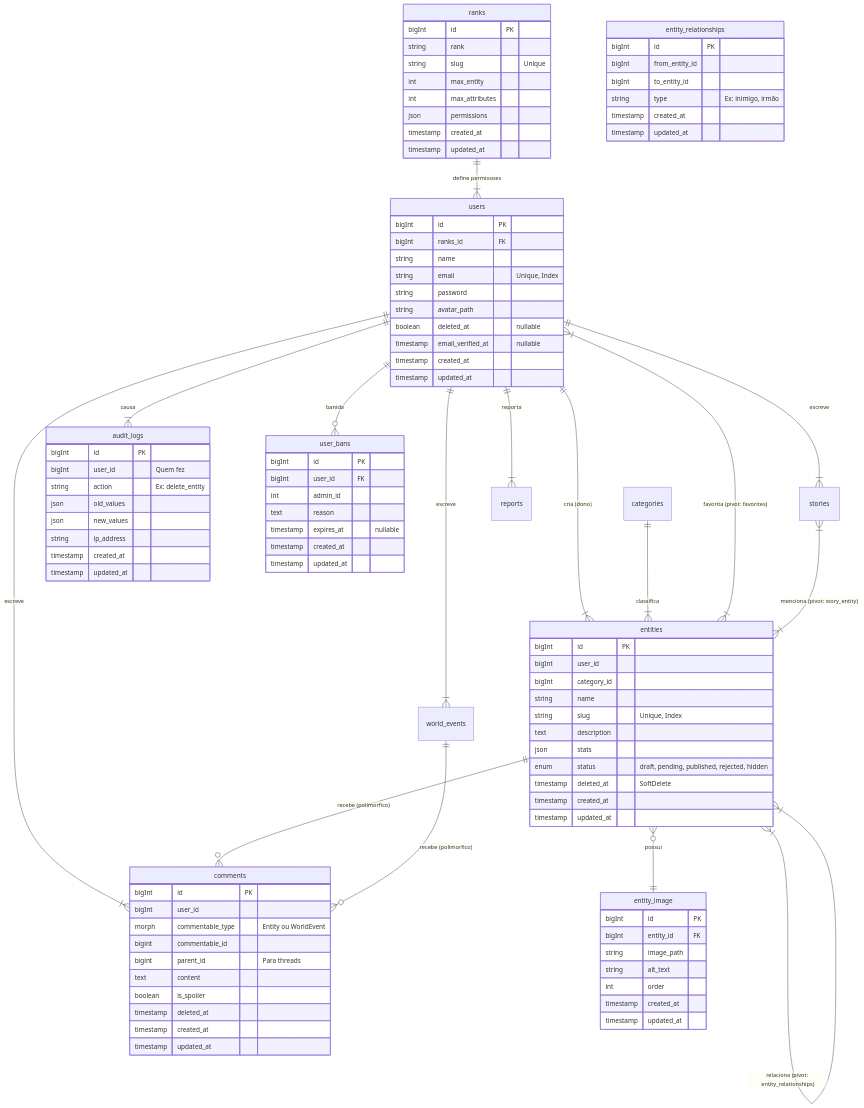
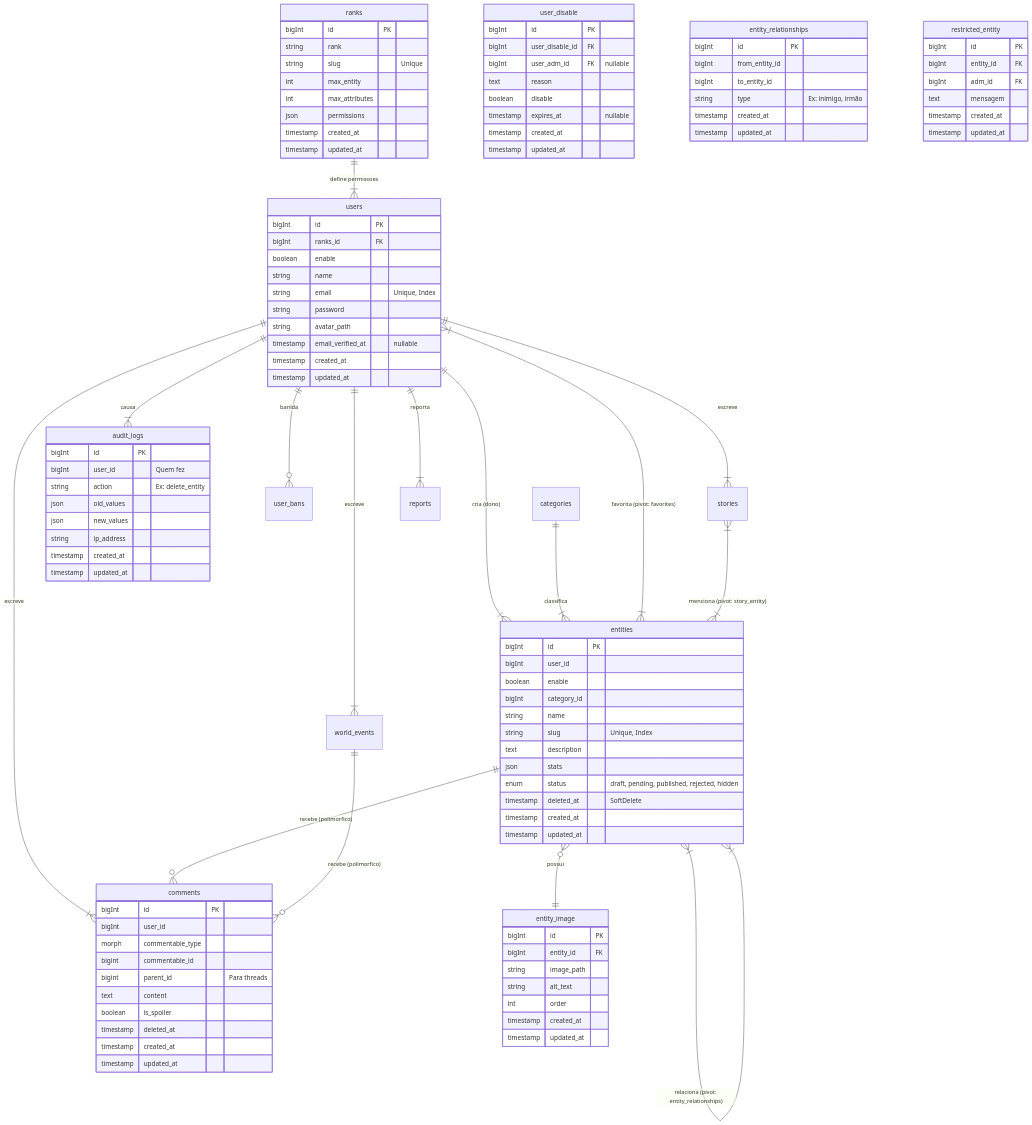
One commit to vinicius-10/sedatines changed the diagram in documentacao/db/README.md. Above: the diagram before and after it, drawn with Mermaid.

Commit message:
Update database schema in README.md
Added new fields to users, user_disable, entities, and comments tables.

````diff
--- a/documentacao/db/README.md
+++ b/documentacao/db/README.md
@@ -57,21 +57,22 @@
     users {
         bigInt id PK
         bigInt ranks_id FK
+        boolean enable
         string name
         string email "Unique, Index"
         string password
         string avatar_path
-        boolean deleted_at "nullable"
         timestamp email_verified_at "nullable"
         timestamp created_at
         timestamp updated_at
     }
 
-    user_bans {
+    user_disable {
         bigInt id PK
-        bigInt user_id FK
-        int admin_id
+        bigInt user_disable_id FK
+        bigInt user_adm_id FK "nullable"
         text reason
+        boolean disable
         timestamp expires_at "nullable"
         timestamp created_at
         timestamp updated_at
@@ -80,6 +81,7 @@
     entities {
         bigInt id PK
         bigInt user_id
+        boolean enable
         bigInt category_id
         string name
         string slug "Unique, Index"
@@ -110,10 +112,19 @@
         timestamp updated_at
     }
 
+    restricted_entity{
+        bigInt id PK
+        bigInt entity_id FK
+        bigInt adm_id FK
+        text mensagem
+        timestamp created_at
+        timestamp updated_at
+    }
+
     comments {
         bigInt id PK
         bigInt  user_id
-        morph commentable_type "Entity ou WorldEvent"
+        morph commentable_type 
         bigint commentable_id
         bigint parent_id "Para threads"
         text content
@@ -133,4 +144,6 @@
         timestamp created_at
         timestamp updated_at
     }
+
+    
 ```
````
